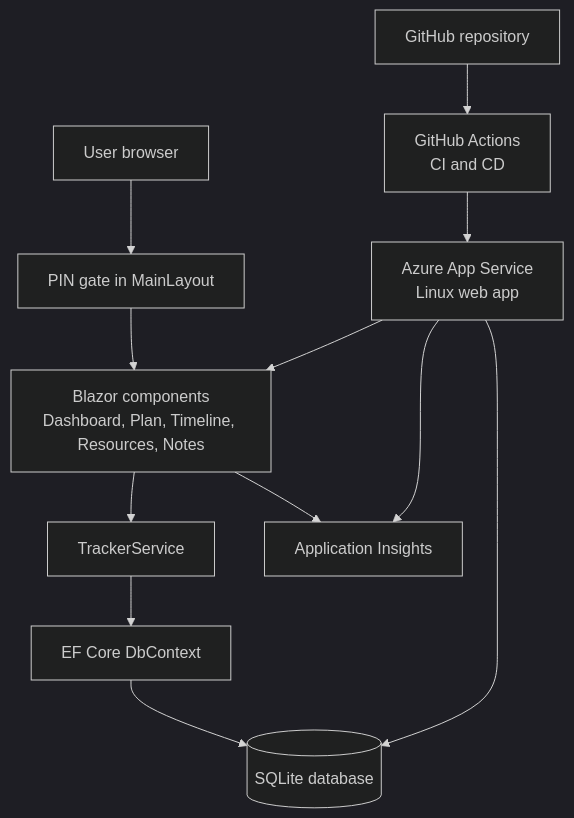
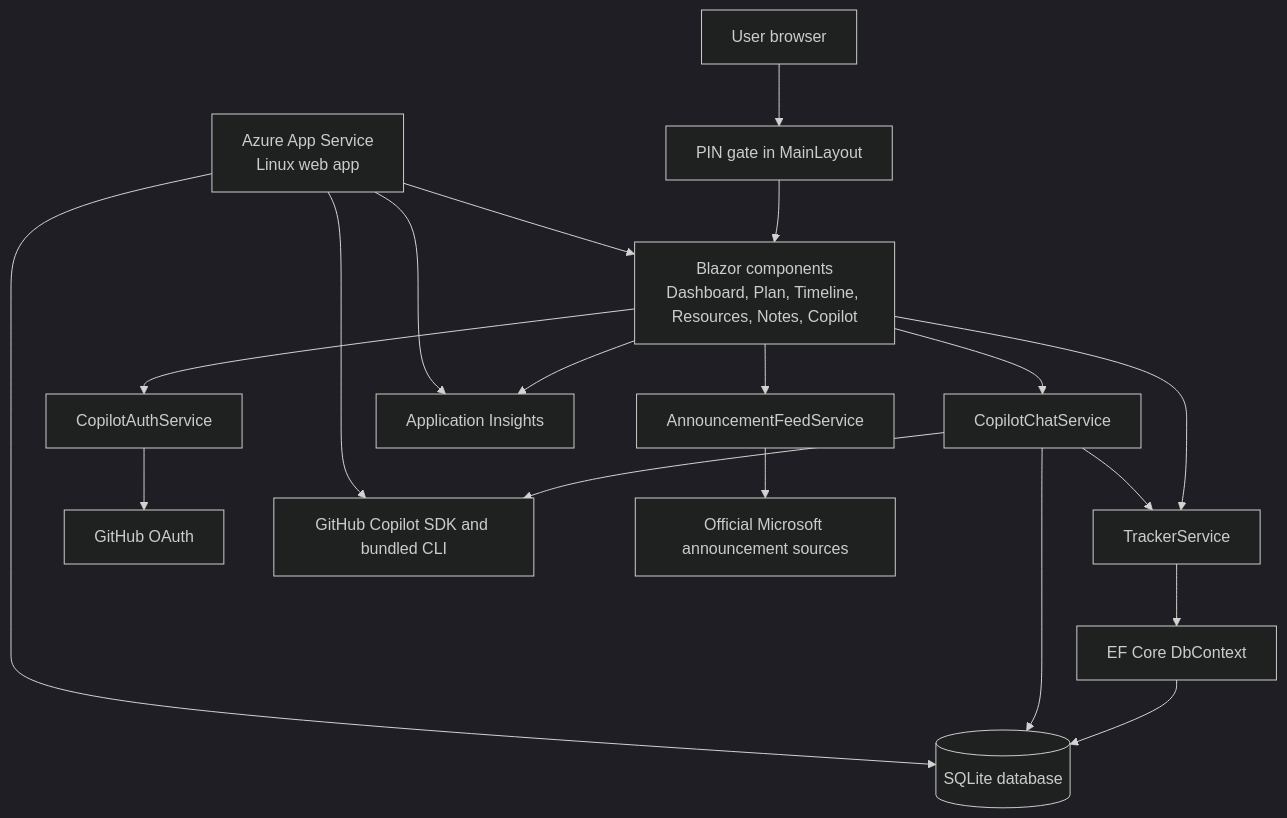
Before and after one commit to haslam93/PersonalizedLearningApp: the first of 2 diagrams in arch.md, drawn with Mermaid (dark theme). The commit also changed other lines of this file and 8 other files, not shown here.

````diff
--- a/arch.md
+++ b/arch.md
@@ -20,21 +21,30 @@
 ```mermaid
 flowchart TB
     User[User browser]
     Pin[PIN gate in MainLayout]
-    UI[Blazor components\nDashboard, Plan, Timeline, Resources, Notes]
-    Service[TrackerService]
+  UI[Blazor components\nDashboard, Plan, Timeline, Resources, Notes, Copilot]
+  Tracker[TrackerService]
+  Feed[AnnouncementFeedService]
+  Auth[CopilotAuthService]
+  Chat[CopilotChatService]
+  GitHubOAuth[GitHub OAuth]
+  CopilotSdk[GitHub Copilot SDK and bundled CLI]
     Data[EF Core DbContext]
     Sqlite[(SQLite database)]
     AppInsights[Application Insights]
-    GitHub[GitHub repository]
-    Actions[GitHub Actions\nCI and CD]
-    AppService[Azure App Service\nLinux web app]
+  MicrosoftNews[Official Microsoft announcement sources]
+  AppService[Azure App Service\nLinux web app]
 
     User --> Pin --> UI
-    UI --> Service --> Data --> Sqlite
+  UI --> Tracker --> Data --> Sqlite
+  UI --> Feed --> MicrosoftNews
+  UI --> Auth --> GitHubOAuth
+  UI --> Chat --> CopilotSdk
+  Chat --> Tracker
+  Chat --> Sqlite
     UI --> AppInsights
-    GitHub --> Actions --> AppService
     AppService --> UI
     AppService --> Sqlite
     AppService --> AppInsights
+  AppService --> CopilotSdk
 ```
````
